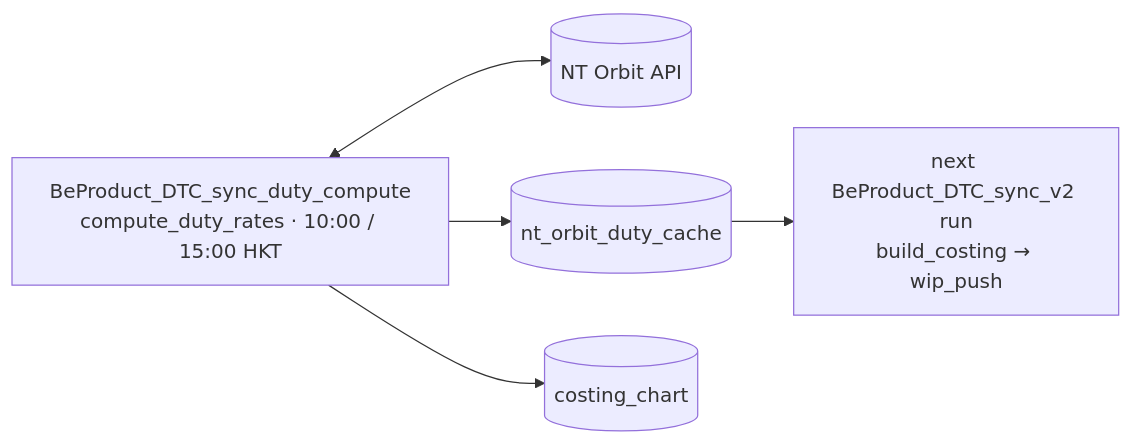
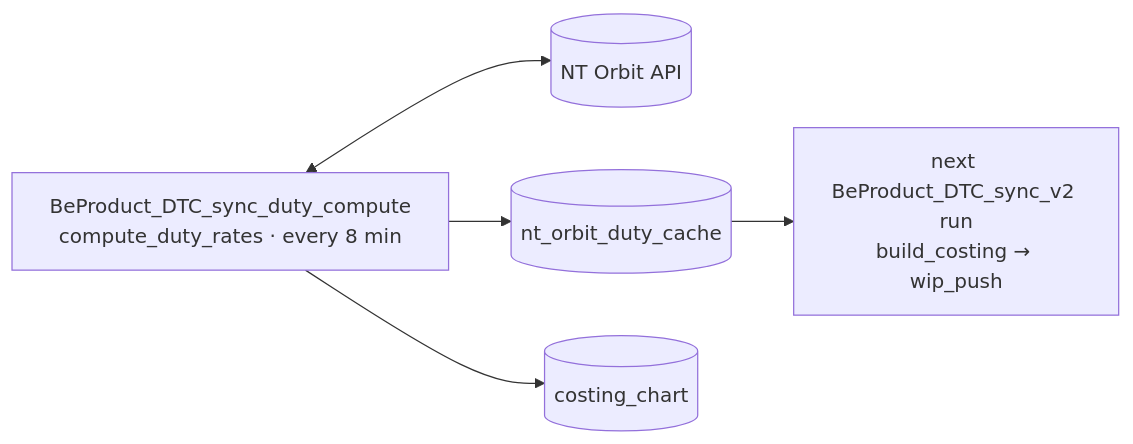
The second of 3 diagrams in docs/PIPELINE.md (aukei/beproduct-databricks-sync), drawn with Mermaid before and after one commit. The commit also changed other lines of this file and 18 other files, not shown here.

````diff
--- a/docs/PIPELINE.md
+++ b/docs/PIPELINE.md
@@ -142,11 +142,11 @@
 ```mermaid
 flowchart LR
-    duty["BeProduct_DTC_sync_duty_compute<br/>compute_duty_rates · 10:00 / 15:00 HKT"]
+    duty["BeProduct_DTC_sync_duty_compute<br/>compute_duty_rates · every 8 min"]
     orbit[(NT Orbit API)]
     cache[(nt_orbit_duty_cache)]
     chart[(costing_chart)]
     main["next BeProduct_DTC_sync_v2 run<br/>build_costing → wip_push"]
     duty <--> orbit
     duty --> cache & chart
     cache --> main
 ```
````
